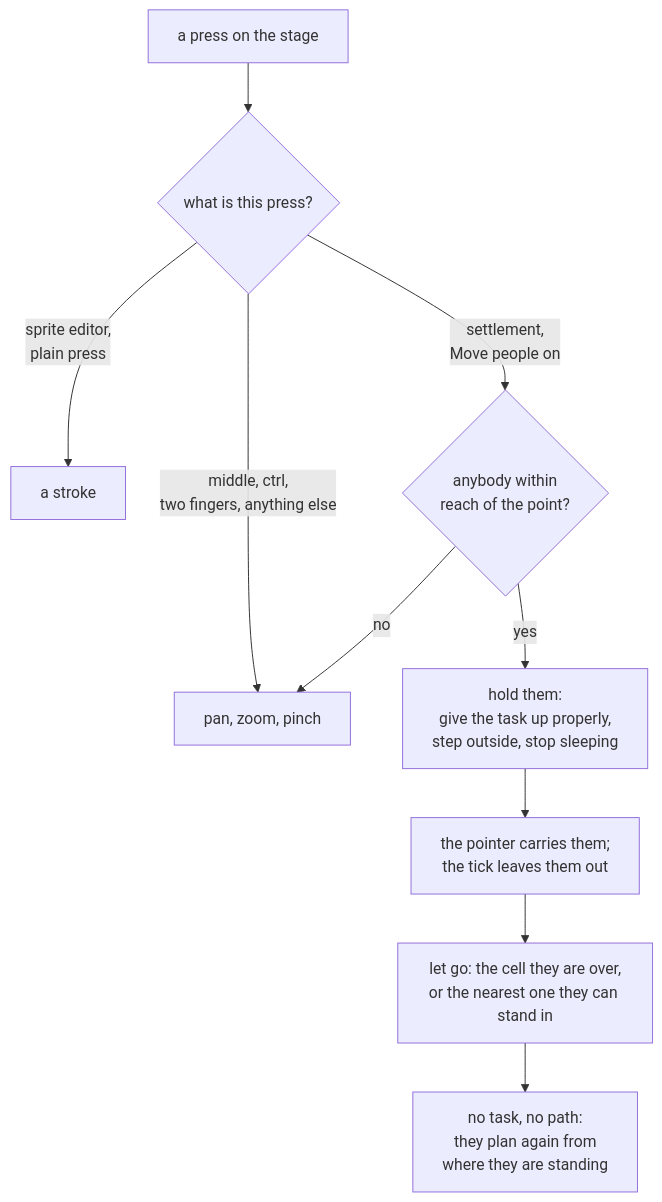
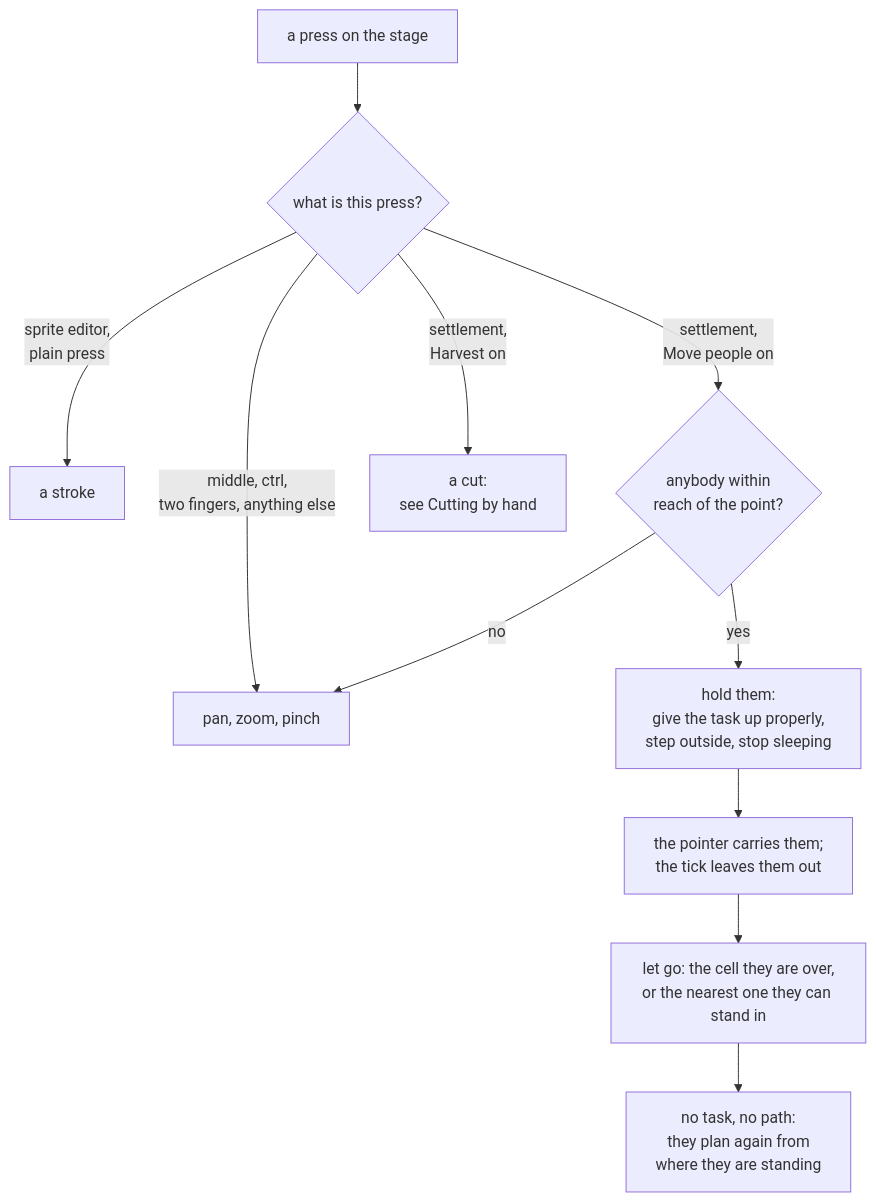
One commit to tmpk13/grow changed diagram 17 of 42 in ARCHITECTURE.md. Above: the diagram before and after it, drawn with Mermaid. The commit also changed other lines of this file and 16 other files, not shown here.

````diff
--- a/ARCHITECTURE.md
+++ b/ARCHITECTURE.md
@@ -800,12 +806,13 @@
 ```mermaid
 flowchart TD
   press["a press on the stage"] --> mode{"what is this press?"}
   mode -->|sprite editor,<br/>plain press| brush["a stroke"]
   mode -->|settlement,<br/>Move people on| who{"anybody within<br/>reach of the point?"}
+  mode -->|settlement,<br/>Harvest on| cut["a cut:<br/>see Cutting by hand"]
   mode -->|middle, ctrl,<br/>two fingers, anything else| pan["pan, zoom, pinch"]
   who -->|no| pan
   who -->|yes| hold["hold them:<br/>give the task up properly,<br/>step outside, stop sleeping"]
   hold --> carry["the pointer carries them;<br/>the tick leaves them out"]
   carry --> put["let go: the cell they are over,<br/>or the nearest one they can stand in"]
   put --> plan["no task, no path:<br/>they plan again from<br/>where they are standing"]
 ```
````
